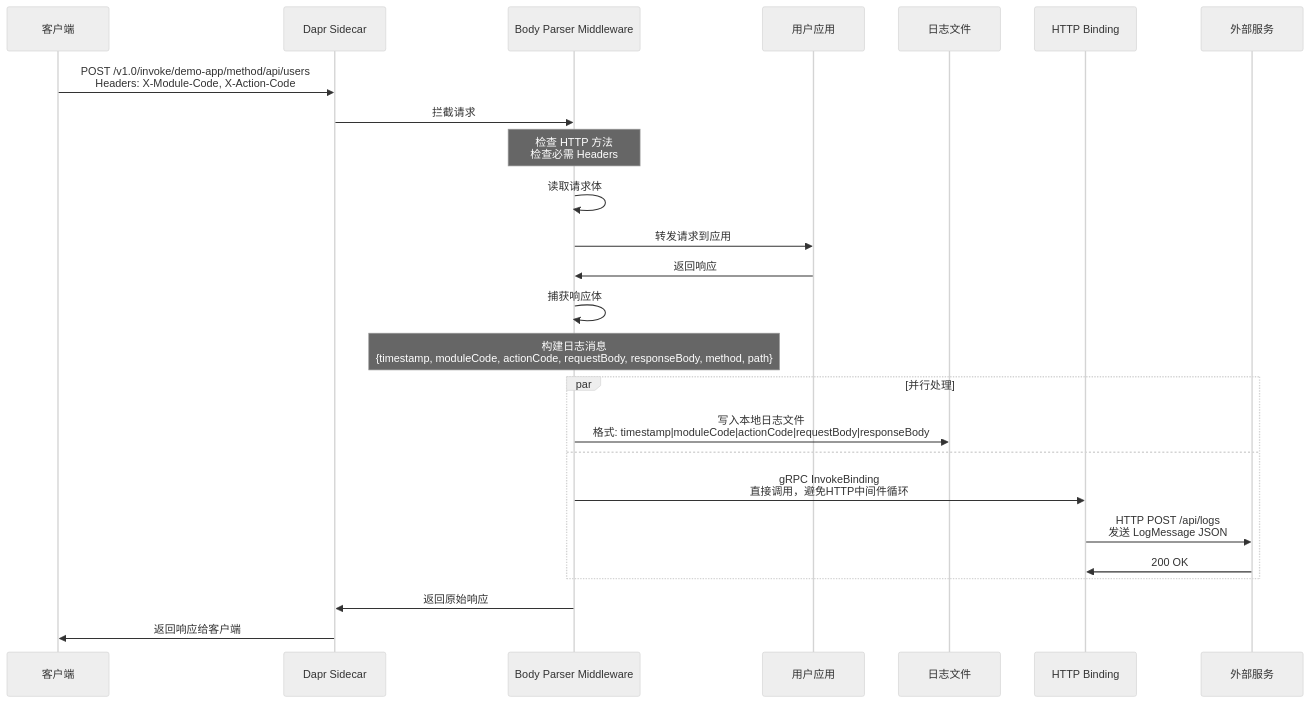
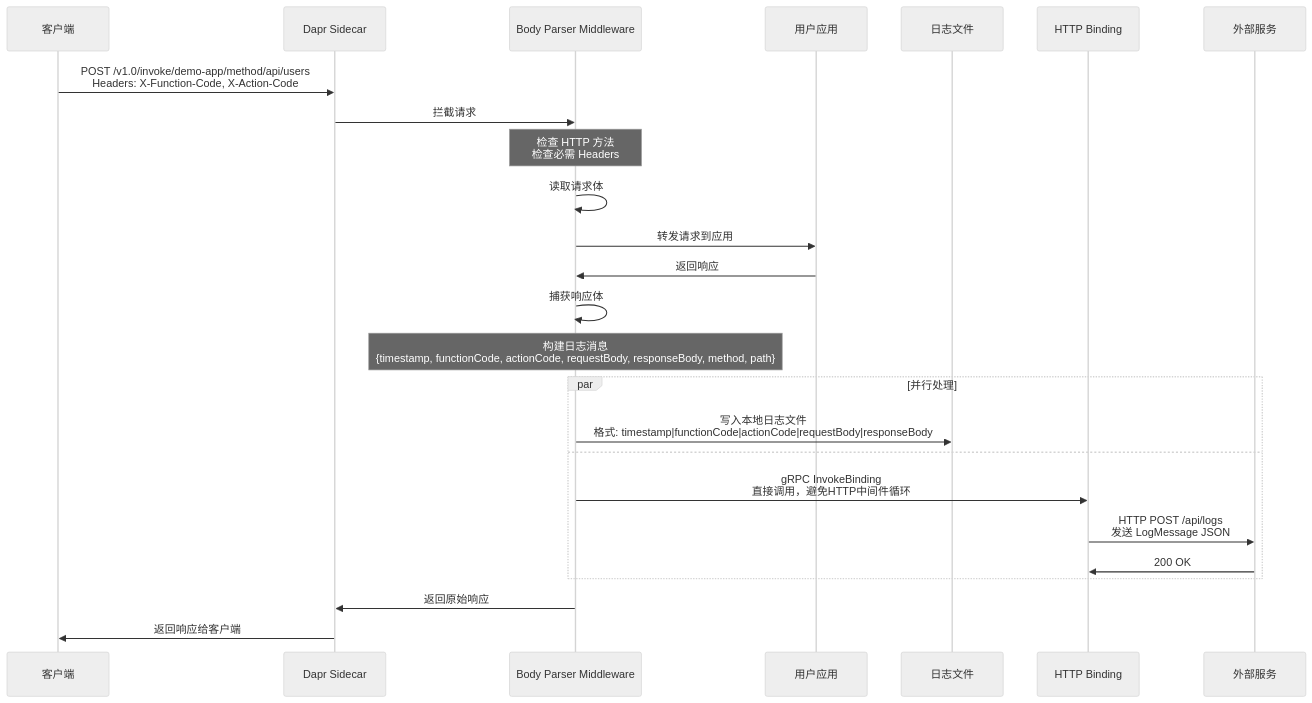
The second of 2 diagrams in examples/middleware-body-demo/README.md (mescp/dapr), drawn with Mermaid (neutral theme) before and after one commit. The commit also changed other lines of this file and 4 other files, not shown here.

````diff
--- a/examples/middleware-body-demo/README.md
+++ b/examples/middleware-body-demo/README.md
@@ -37,33 +37,33 @@
 ```mermaid
 sequenceDiagram
     participant C as 客户端
     participant D as Dapr Sidecar
     participant M as Body Parser Middleware
     participant A as 用户应用
     participant F as 日志文件
     participant B as HTTP Binding
     participant E as 外部服务
 
-    C->>D: POST /v1.0/invoke/demo-app/method/api/users<br/>Headers: X-Module-Code, X-Action-Code
+    C->>D: POST /v1.0/invoke/demo-app/method/api/users<br/>Headers: X-Function-Code, X-Action-Code
     D->>M: 拦截请求
     
     Note over M: 检查 HTTP 方法<br/>检查必需 Headers
     
     M->>M: 读取请求体
     M->>A: 转发请求到应用
     A->>M: 返回响应
     M->>M: 捕获响应体
     
-    Note over M: 构建日志消息<br/>{timestamp, moduleCode, actionCode, requestBody, responseBody, method, path}
+    Note over M: 构建日志消息<br/>{timestamp, functionCode, actionCode, requestBody, responseBody, method, path}
     
     par 并行处理
-        M->>F: 写入本地日志文件<br/>格式: timestamp|moduleCode|actionCode|requestBody|responseBody
+        M->>F: 写入本地日志文件<br/>格式: timestamp|functionCode|actionCode|requestBody|responseBody
     and
         M->>B: gRPC InvokeBinding<br/>直接调用，避免HTTP中间件循环
         B->>E: HTTP POST /api/logs<br/>发送 LogMessage JSON
         E->>B: 200 OK
     end
     
     M->>D: 返回原始响应
     D->>C: 返回响应给客户端
 ```
````
